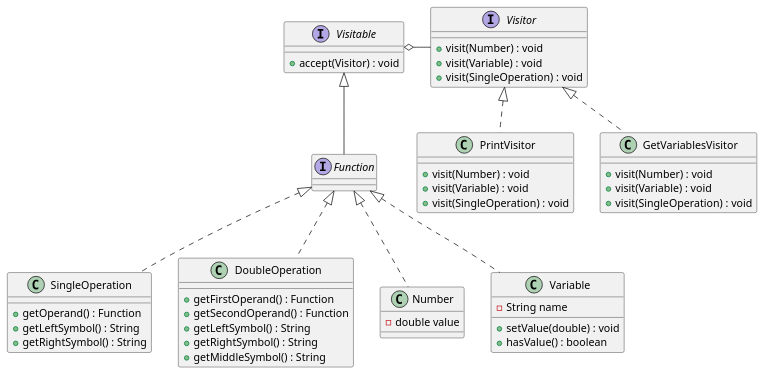
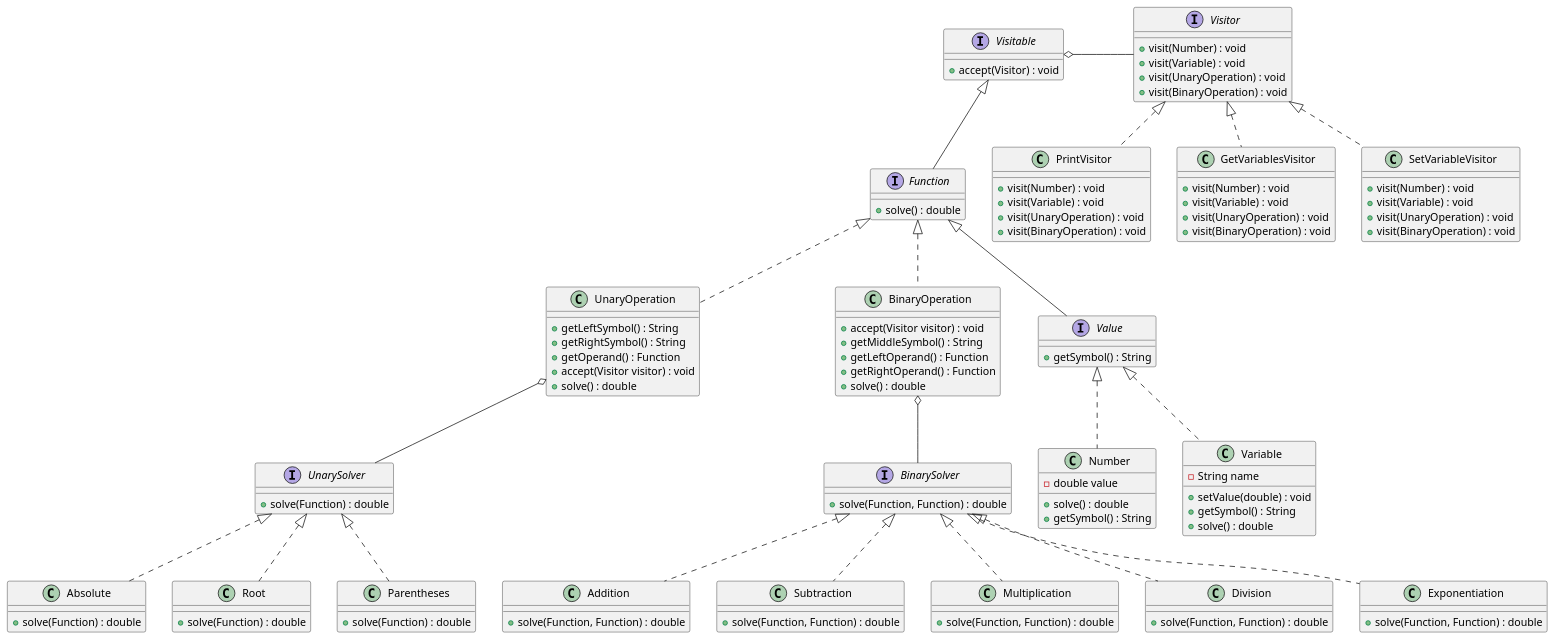
Before and after one commit to austral-ingsis-classroom/formula-sasakiimarcos: the diagram in diagrams/classv2.puml, drawn with PlantUML.

Commit message:
updated class diagram

```diff
--- a/diagrams/classv2.puml
+++ b/diagrams/classv2.puml
@@ -1,54 +1,117 @@
 @startuml
 interface Visitor {
     + visit(Number) : void
     + visit(Variable) : void
-    + visit(SingleOperation) : void
+    + visit(UnaryOperation) : void
+    + visit(BinaryOperation) : void
 }
 
 class PrintVisitor implements Visitor{
     + visit(Number) : void
     + visit(Variable) : void
-    + visit(SingleOperation) : void
+    + visit(UnaryOperation) : void
+    + visit(BinaryOperation) : void
 }
 
 class GetVariablesVisitor implements Visitor{
     + visit(Number) : void
     + visit(Variable) : void
-    + visit(SingleOperation) : void
+    + visit(UnaryOperation) : void
+    + visit(BinaryOperation) : void
+}
+
+class SetVariableVisitor implements Visitor{
+    + visit(Number) : void
+    + visit(Variable) : void
+    + visit(UnaryOperation) : void
+    + visit(BinaryOperation) : void
 }
 
 Visitable o- Visitor
 
 interface Visitable {
     + accept(Visitor) : void
 }
 
 interface Function extends Visitable{
+    + solve() : double
 }
 
-class SingleOperation implements Function{
-    + getOperand() : Function
+class UnaryOperation implements Function{
     + getLeftSymbol() : String
     + getRightSymbol() : String
+    + getOperand() : Function
+    + accept(Visitor visitor) : void
+    + solve() : double
 }
 
-class DoubleOperation implements Function{
-    + getFirstOperand() : Function
-    + getSecondOperand() : Function
-    + getLeftSymbol() : String
-    + getRightSymbol() : String
-    + getMiddleSymbol() : String
+UnaryOperation o-- UnarySolver
+
+interface UnarySolver{
+    + solve(Function) : double
 }
 
-
-class Number implements Function{
-    -double value
+class Absolute implements UnarySolver{
+    + solve(Function) : double
 }
 
-class Variable implements Function{
+class Root implements UnarySolver{
+    + solve(Function) : double
+}
+
+class Parentheses implements UnarySolver{
+    + solve(Function) : double
+}
+
+class BinaryOperation implements Function{
+    + accept(Visitor visitor) : void
+    + getMiddleSymbol() : String
+    + getLeftOperand() : Function
+    + getRightOperand() : Function
+    + solve() : double
+}
+
+BinaryOperation o-- BinarySolver
+
+interface BinarySolver{
+    + solve(Function, Function) : double
+}
+
+class Addition implements BinarySolver{
+    + solve(Function, Function) : double
+}
+
+class Subtraction implements BinarySolver{
+    + solve(Function, Function) : double
+}
+
+class Multiplication implements BinarySolver{
+    + solve(Function, Function) : double
+}
+
+class Division implements BinarySolver{
+    + solve(Function, Function) : double
+}
+
+class Exponentiation implements BinarySolver{
+    + solve(Function, Function) : double
+}
+
+interface Value extends Function{
+    + getSymbol() : String
+}
+
+class Number implements Value{
+    -double value
+    + solve() : double
+    + getSymbol() : String
+}
+
+class Variable implements Value{
     - String name
     + setValue(double) : void
-    + hasValue() : boolean
+    + getSymbol() : String
+    + solve() : double
 }
 
 @enduml
```
